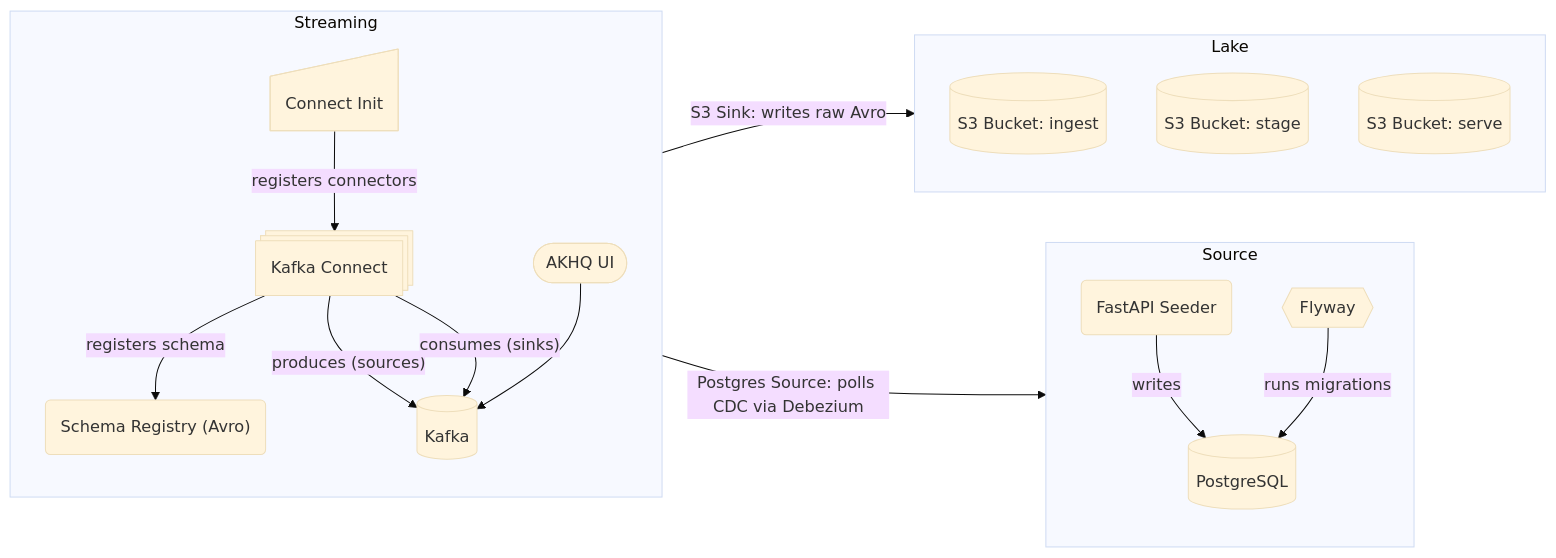
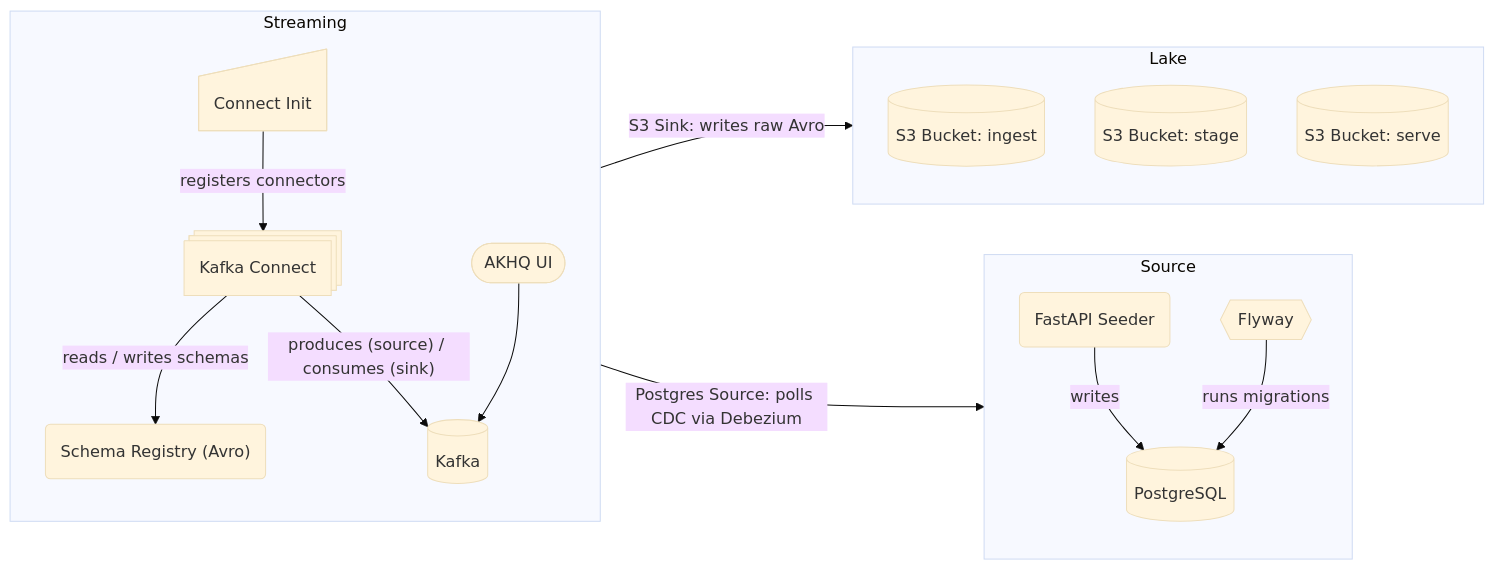
One commit to jxhnx/haus-am-see changed the diagram in README.MD. Above: the diagram before and after it, drawn with Mermaid (base theme).

Commit message:
docs: simplify streaming diagram

````diff
--- a/README.MD
+++ b/README.MD
@@ -29,41 +29,40 @@
 ```mermaid
 flowchart LR
     %% Source zone
     subgraph Source
         direction TB
         Seeder@{ shape: rounded, label: "FastAPI Seeder" }
         Flyway@{ shape: hex, label: "Flyway" }
         Postgres@{ shape: cyl, label: "PostgreSQL" }
 
         Seeder -- "writes" --> Postgres
         Flyway -- "runs migrations" --> Postgres
     end
 
     %% Streaming zone
     subgraph Streaming
         direction TB
         Connect@{ shape: procs, label: "Kafka Connect" }
         SchemaRegistry@{ shape: rounded, label: "Schema Registry (Avro)" }
         Kafka@{ shape: cyl, label: "Kafka" }
         AKHQ@{ shape: stadium, label: "AKHQ UI" }
         ConnectInit@{ shape: sl-rect, label: "Connect Init" }
 
-        Connect -- "registers schema" --> SchemaRegistry
-        Connect -- "produces (sources)" --> Kafka
-        Connect -- "consumes (sinks)" --> Kafka
+        Connect -- "reads / writes schemas" --> SchemaRegistry
+        Connect -- "produces (source) / consumes (sink)" --> Kafka
         AKHQ --> Kafka
         ConnectInit -- "registers connectors" --> Connect
     end
 
     %% Lake zone
     subgraph Lake
         direction TB
         Ingest@{ shape: cylinder, label: "S3 Bucket: ingest" }
         Stage@{ shape: cylinder, label: "S3 Bucket: stage" }
         Serve@{ shape: cylinder, label: "S3 Bucket: serve" }
     end
 
     %% Cross-zone
     Connect -- "Postgres Source: polls CDC via Debezium" --> Postgres
     Connect -- "S3 Sink: writes raw Avro" --> Ingest
 ```
````
